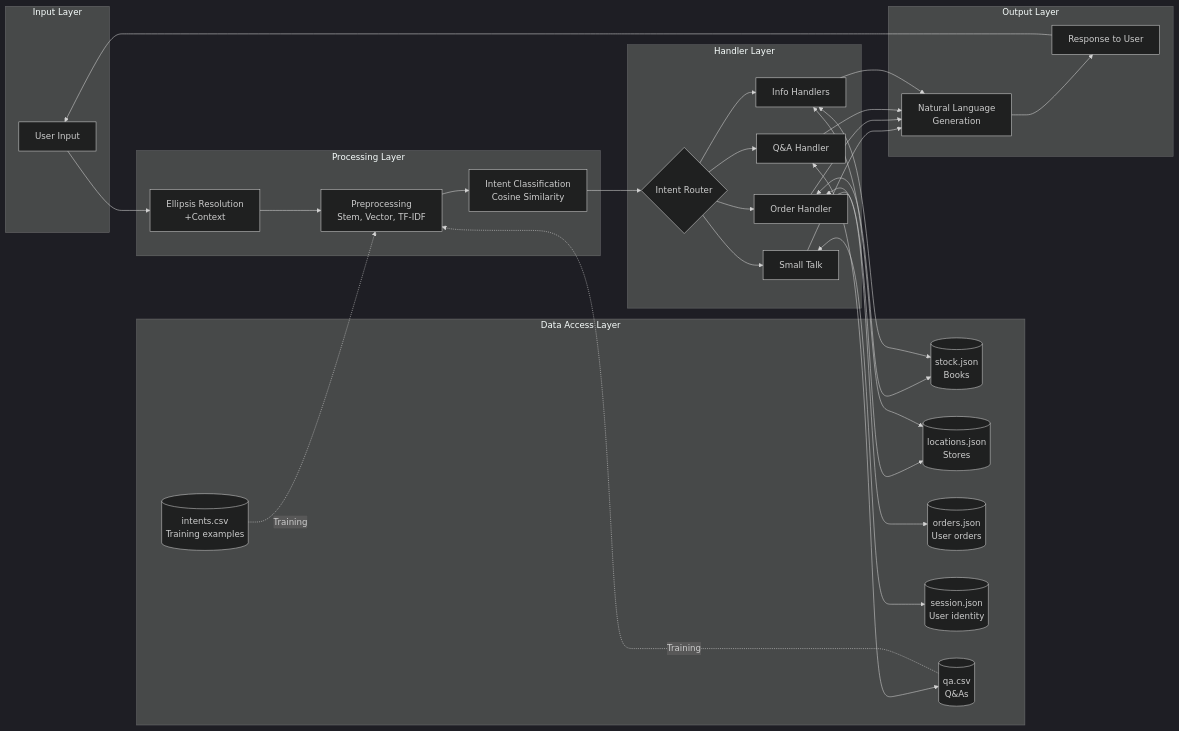
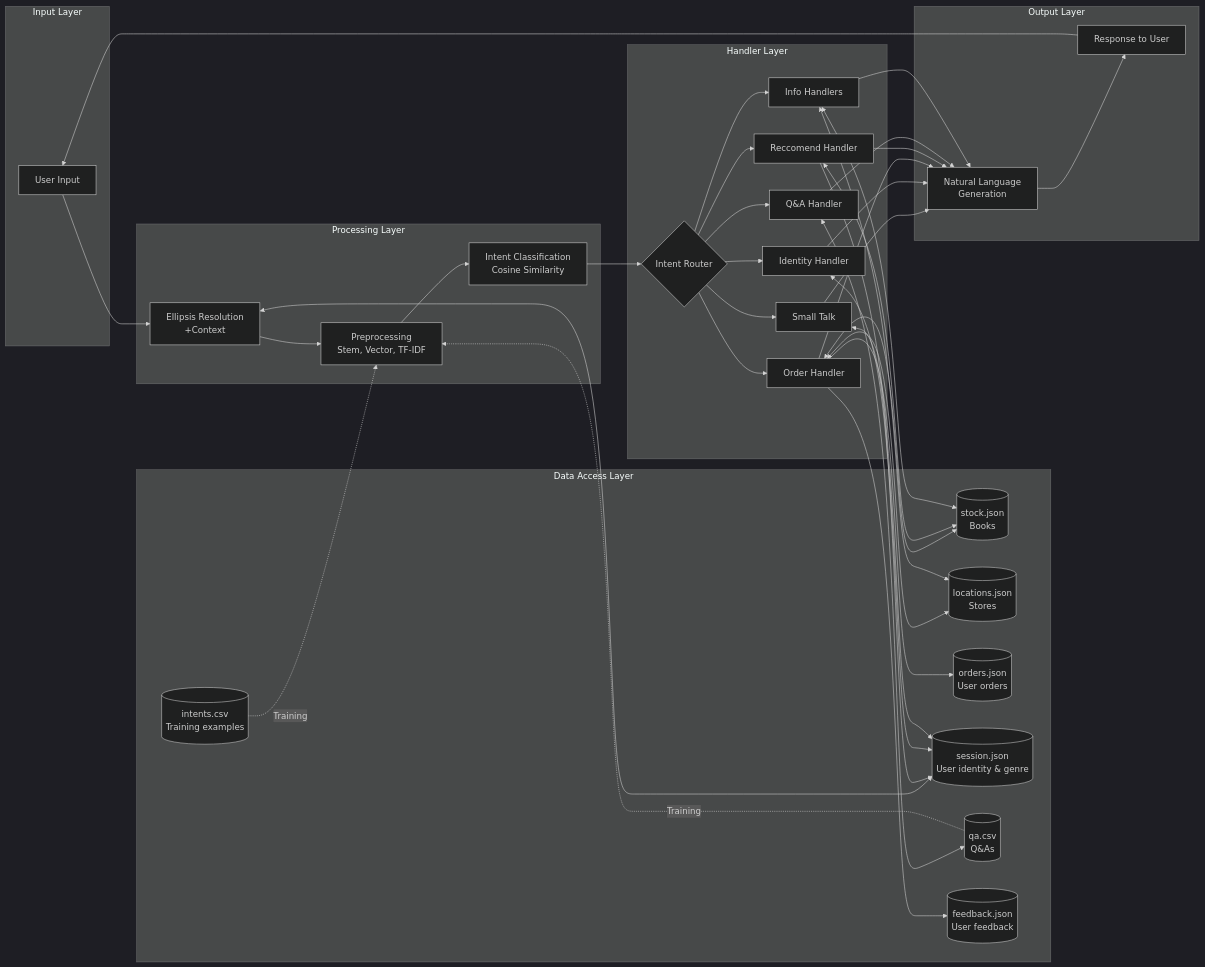
The seventh of 11 diagrams in diagrams.md (jamesdeal89/HAICW), drawn with Mermaid (dark theme) before and after one commit. The commit also changed other lines of this file and 45 other files, not shown here.

Commit message:
Finalise comments, nicely add titles to each file. update diagrams

````diff
--- a/diagrams.md
+++ b/diagrams.md
@@ -446,64 +234,76 @@
 ```mermaid
 flowchart LR
     subgraph "Input Layer"
         USER[User Input]
     end
   
     subgraph "Processing Layer"
         RESOLVE[Ellipsis Resolution<br/>+Context]
         PREPROC[Preprocessing<br/>Stem, Vector, TF-IDF]
         CLASSIFY[Intent Classification<br/>Cosine Similarity]
     end
   
     subgraph "Handler Layer"
         ROUTER{Intent Router}
         SMALL_H[Small Talk]
+        IDENTITY_H[Identity Handler]
         ORDER_H[Order Handler]
+        RECCOMEND_H[Reccomend Handler]
         QA_H[Q&A Handler]
         INFO_H[Info Handlers]
     end
   
     subgraph "Data Access Layer"
         STOCK_DB[(stock.json<br/>Books)]
         LOC_DB[(locations.json<br/>Stores)]
         ORDER_DB[(orders.json<br/>User orders)]
-        SESSION_DB[(session.json<br/>User identity)]
+        SESSION_DB[(session.json<br/>User identity & genre)]
         INTENT_DB[(intents.csv<br/>Training examples)]
         QA_DB[(qa.csv<br/>Q&As)]
+        FEEDBACK_DB[(feedback.json<br/>User feedback)]
     end
   
     subgraph "Output Layer"
         NLG[Natural Language<br/>Generation]
         RESPONSE[Response to User]
     end
   
     USER --> RESOLVE
+    RESOLVE <--> SESSION_DB
     RESOLVE --> PREPROC
     PREPROC --> CLASSIFY
   
     INTENT_DB -.Training.-> PREPROC
     QA_DB -.Training.-> PREPROC
   
     CLASSIFY --> ROUTER
   
     ROUTER --> SMALL_H
+    ROUTER --> IDENTITY_H
     ROUTER --> ORDER_H
+    ROUTER --> RECCOMEND_H
     ROUTER --> QA_H
     ROUTER --> INFO_H
   
+    SMALL_H <--> SESSION_DB
+    IDENTITY_H <--> SESSION_DB
     ORDER_H <--> STOCK_DB
     ORDER_H <--> LOC_DB
     ORDER_H --> ORDER_DB
+    ORDER_H --> FEEDBACK_DB
+    RECCOMEND_H <--> STOCK_DB
+    RECCOMEND_H --> SESSION_DB
     INFO_H <--> LOC_DB
     INFO_H <--> STOCK_DB
     QA_H <--> QA_DB
-    SMALL_H <--> SESSION_DB
   
     SMALL_H --> NLG
+    IDENTITY_H --> NLG
     ORDER_H --> NLG
+    RECCOMEND_H --> NLG
     QA_H --> NLG
     INFO_H --> NLG
   
     NLG --> RESPONSE
     RESPONSE --> USER
 ```
````
